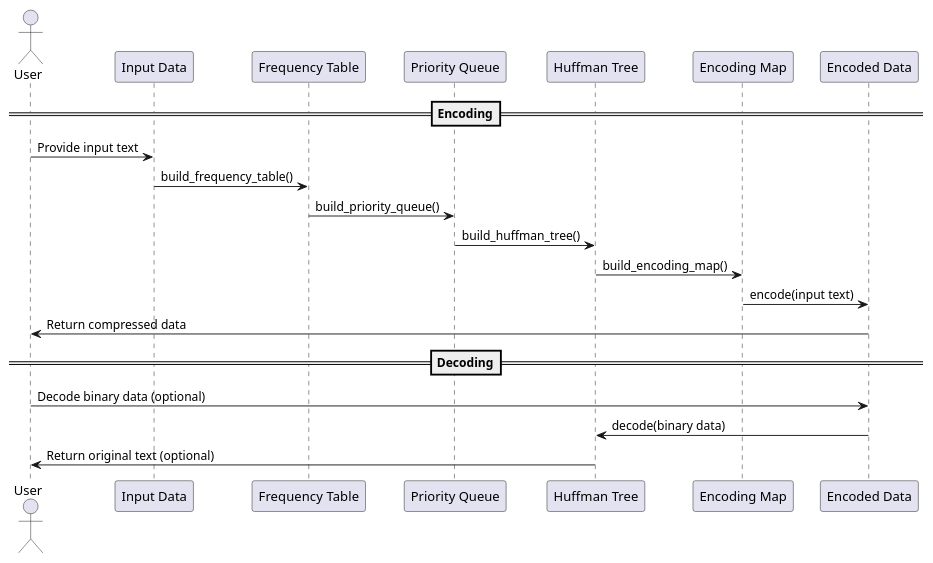
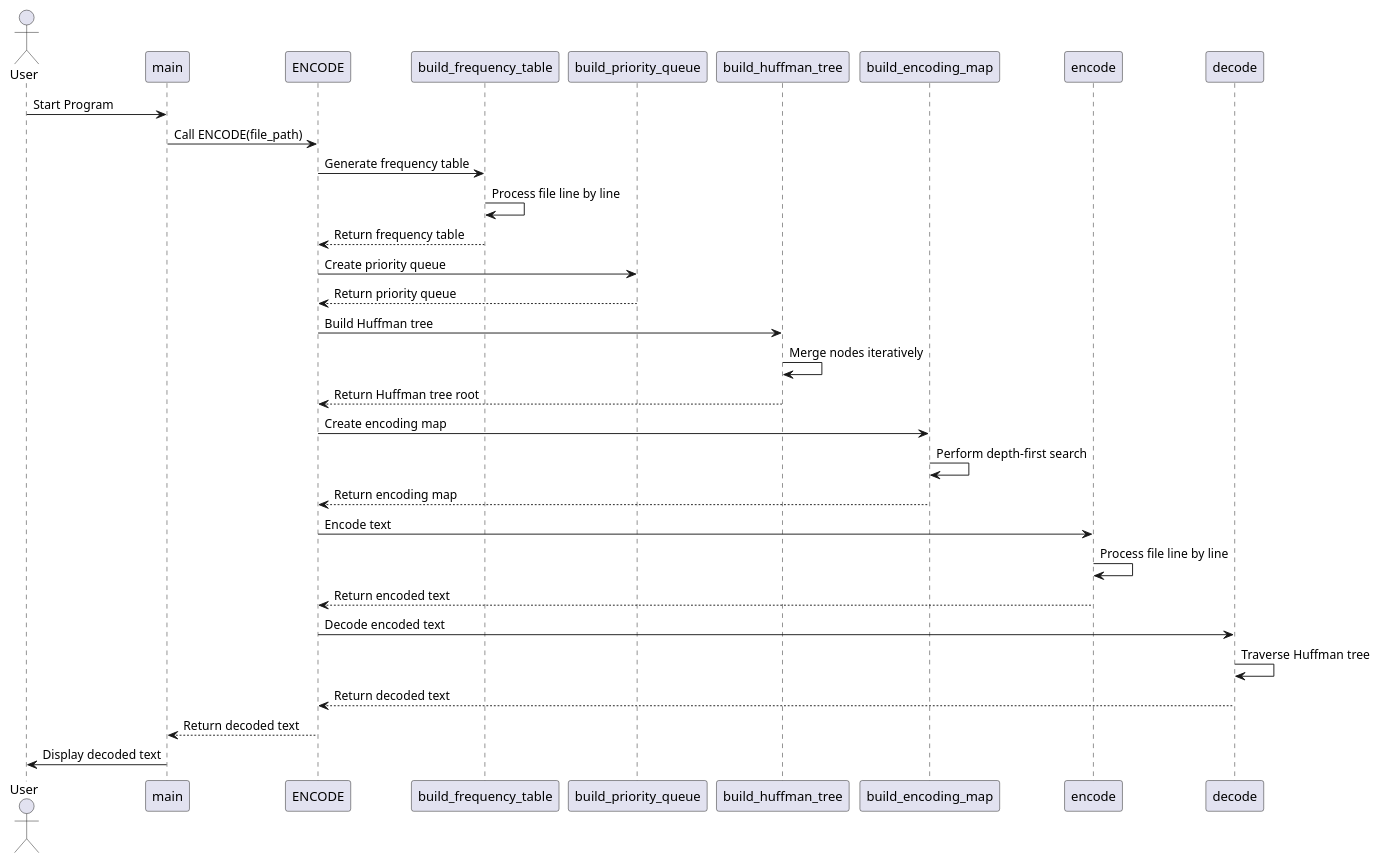
Before and after one commit to jayd719/huffmanCoding: the diagram in docs/sequenceDiagram.plantuml, drawn with PlantUML. The commit also changed 9 other files, not shown here.

```diff
--- a/docs/sequenceDiagram.plantuml
+++ b/docs/sequenceDiagram.plantuml
@@ -1,26 +1,33 @@
-@startuml seq
+@startuml sequence1
 actor User
+participant "main" as Main
+participant "ENCODE" as Encode
+participant "build_frequency_table" as BuildFrequencyTable
+participant "build_priority_queue" as BuildPriorityQueue
+participant "build_huffman_tree" as BuildHuffmanTree
+participant "build_encoding_map" as BuildEncodingMap
+participant "encode" as EncodeFunction
+participant "decode" as DecodeFunction
 
-participant "Input Data" as InputData
-participant "Frequency Table" as FrequencyTable
-participant "Priority Queue" as PriorityQueue
-participant "Huffman Tree" as HuffmanTree
-participant "Encoding Map" as EncodingMap
-participant "Encoded Data" as EncodedData
-
-==Encoding==
-User -> InputData : Provide input text
-InputData -> FrequencyTable : build_frequency_table()
-FrequencyTable -> PriorityQueue : build_priority_queue()
-PriorityQueue -> HuffmanTree : build_huffman_tree()
-HuffmanTree -> EncodingMap : build_encoding_map()
-EncodingMap -> EncodedData : encode(input text)
-EncodedData -> User : Return compressed data
-
-
-==Decoding==
-User -> EncodedData : Decode binary data (optional)
-EncodedData -> HuffmanTree : decode(binary data)
-HuffmanTree -> User : Return original text (optional)
-
+User -> Main: Start Program
+Main -> Encode: Call ENCODE(file_path)
+Encode -> BuildFrequencyTable: Generate frequency table
+BuildFrequencyTable -> BuildFrequencyTable: Process file line by line
+BuildFrequencyTable --> Encode: Return frequency table
+Encode -> BuildPriorityQueue: Create priority queue
+BuildPriorityQueue --> Encode: Return priority queue
+Encode -> BuildHuffmanTree: Build Huffman tree
+BuildHuffmanTree -> BuildHuffmanTree: Merge nodes iteratively
+BuildHuffmanTree --> Encode: Return Huffman tree root
+Encode -> BuildEncodingMap: Create encoding map
+BuildEncodingMap -> BuildEncodingMap: Perform depth-first search
+BuildEncodingMap --> Encode: Return encoding map
+Encode -> EncodeFunction: Encode text
+EncodeFunction -> EncodeFunction: Process file line by line
+EncodeFunction --> Encode: Return encoded text
+Encode -> DecodeFunction: Decode encoded text
+DecodeFunction -> DecodeFunction: Traverse Huffman tree
+DecodeFunction --> Encode: Return decoded text
+Encode --> Main: Return decoded text
+Main -> User: Display decoded text
 @enduml
```
